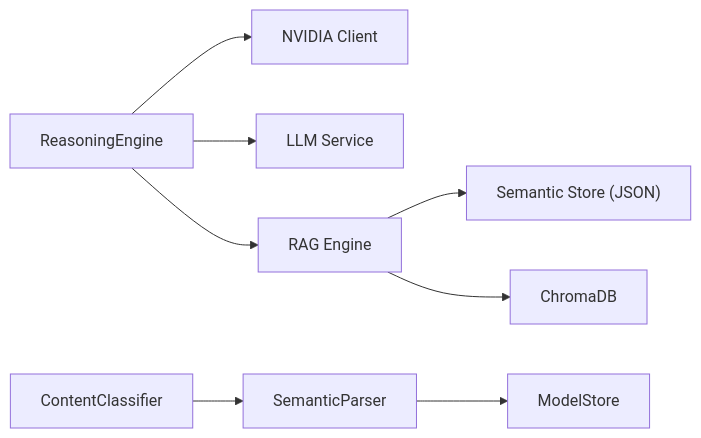
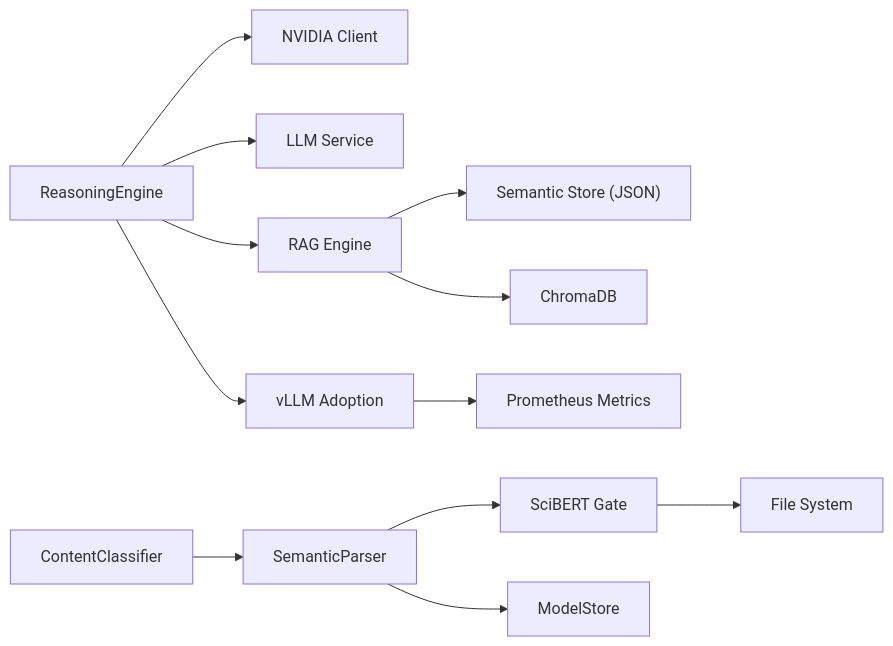
One commit to rohitkumarnaidu/-Auto-AI-Automated-Academic-Docx-Manuscript-Formatter changed diagram 12 of 12 in .qoder/repowiki/en/content/AI_ML Integration/AI_ML Integration.md. Above: the diagram before and after it, drawn with Mermaid. The commit also changed other lines of this file and 6 other files, not shown here.

````diff
--- a/.qoder/repowiki/en/content/AI_ML Integration/AI_ML Integration.md
+++ b/.qoder/repowiki/en/content/AI_ML Integration/AI_ML Integration.md
@@ -298,10 +456,14 @@
 ```mermaid
 graph LR
 RE["ReasoningEngine"] --> NV["NVIDIA Client"]
 RE --> LLM["LLM Service"]
 RE --> RAG["RAG Engine"]
+RE --> VLLM_ADOPTION["vLLM Adoption"]
 CL["ContentClassifier"] --> SP["SemanticParser"]
+SP --> SCIBERT_GATE["SciBERT Gate"]
 SP --> MS["ModelStore"]
+SCIBERT_GATE --> FS["File System"]
+VLLM_ADOPTION --> METRICS["Prometheus Metrics"]
 RAG --> ST["Semantic Store (JSON)"]
 RAG --> CH["ChromaDB"]
 ```
````
